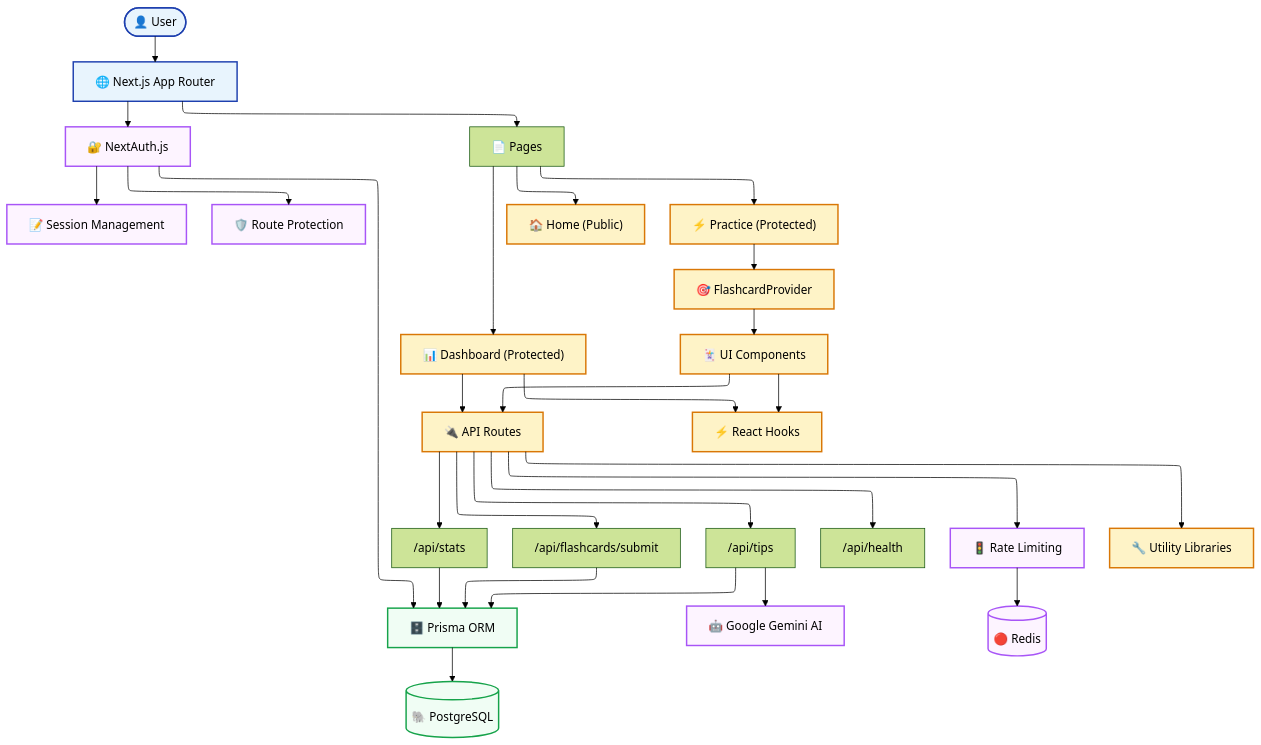
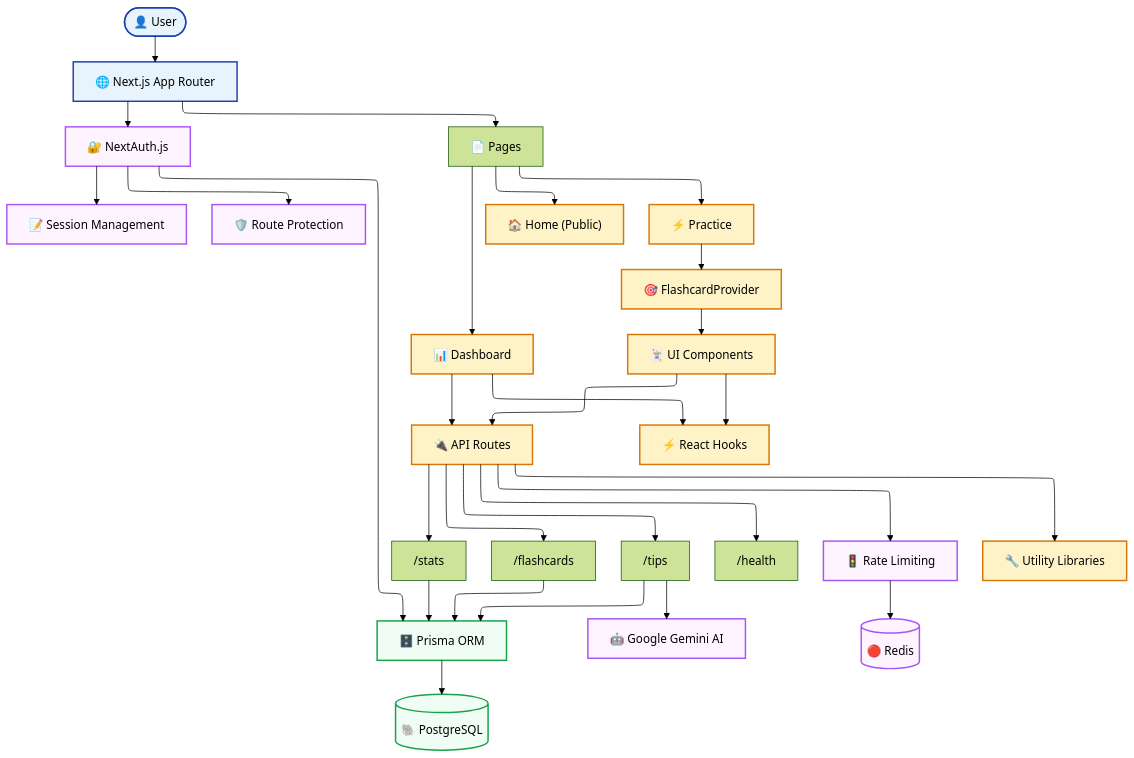
The diagram in docs/mermaid/system.mmd (sakan811/SakuMari), drawn with Mermaid before and after one commit. The commit also changed 3 other files, not shown here.

Commit message:
Update documentation: features and Mermaid diagrams

```diff
--- a/docs/mermaid/system.mmd
+++ b/docs/mermaid/system.mmd
@@ -1,55 +1,55 @@
 ---
 config:
   theme: 'forest'
   defaultRenderer: "elk"
   layout: elk
 ---
 flowchart TD
     User([👤 User]) --> Browser["🌐 Next.js App Router"]
 
     Browser --> Auth["🔐 NextAuth.js"]
     Auth --> Session["📝 Session Management"]
     Auth --> Proxy["🛡️ Route Protection"]
 
     Browser --> Pages["📄 Pages"]
     Pages --> Home["🏠 Home (Public)"]
-    Pages --> Practice["⚡ Practice (Protected)"]
-    Pages --> Dashboard["📊 Dashboard (Protected)"]
+    Pages --> Practice["⚡ Practice"]
+    Pages --> Dashboard["📊 Dashboard"]
 
     Practice --> Provider["🎯 FlashcardProvider"]
     Provider --> Components["🃏 UI Components"]
 
     Components --> API["🔌 API Routes"]
     Dashboard --> API
 
-    API --> Stats["/api/stats"]
-    API --> Submit["/api/flashcards/submit"]
-    API --> Tips["/api/tips"]
-    API --> Health["/api/health"]
+    API --> Stats["/stats"]
+    API --> Submit["/flashcards"]
+    API --> Tips["/tips"]
+    API --> Health["/health"]
 
     Stats --> Prisma["🗄️ Prisma ORM"]
     Submit --> Prisma
     Tips --> Prisma
     Auth --> Prisma
     Prisma --> DB[(🐘 PostgreSQL)]
 
     Tips --> Gemini["🤖 Google Gemini AI"]
 
     Components --> Hooks["⚡ React Hooks"]
     Dashboard --> Hooks
 
     API --> RateLimit["🚦 Rate Limiting"]
     API --> Utils["🔧 Utility Libraries"]
 
     RateLimit --> Redis[(🔴 Redis)]
 
     classDef userLayer fill:#e8f4fd,stroke:#1e40af,stroke-width:2px
     classDef appLayer fill:#fef3c7,stroke:#d97706,stroke-width:2px
     classDef dataLayer fill:#f0fdf4,stroke:#16a34a,stroke-width:2px
     classDef aiLayer fill:#fdf4ff,stroke:#a855f7,stroke-width:2px
     classDef infraLayer fill:#fefce8,stroke:#eab308,stroke-width:2px
 
     class User,Browser userLayer
     class Home,Practice,Dashboard,Provider,Components,API,Hooks,Utils appLayer
     class Prisma,DB dataLayer
     class Auth,Session,Gemini,Proxy,RateLimit,Redis aiLayer
```
